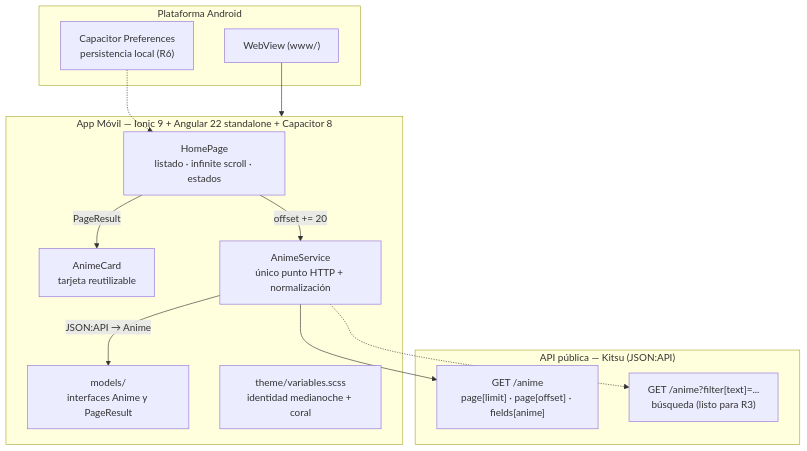
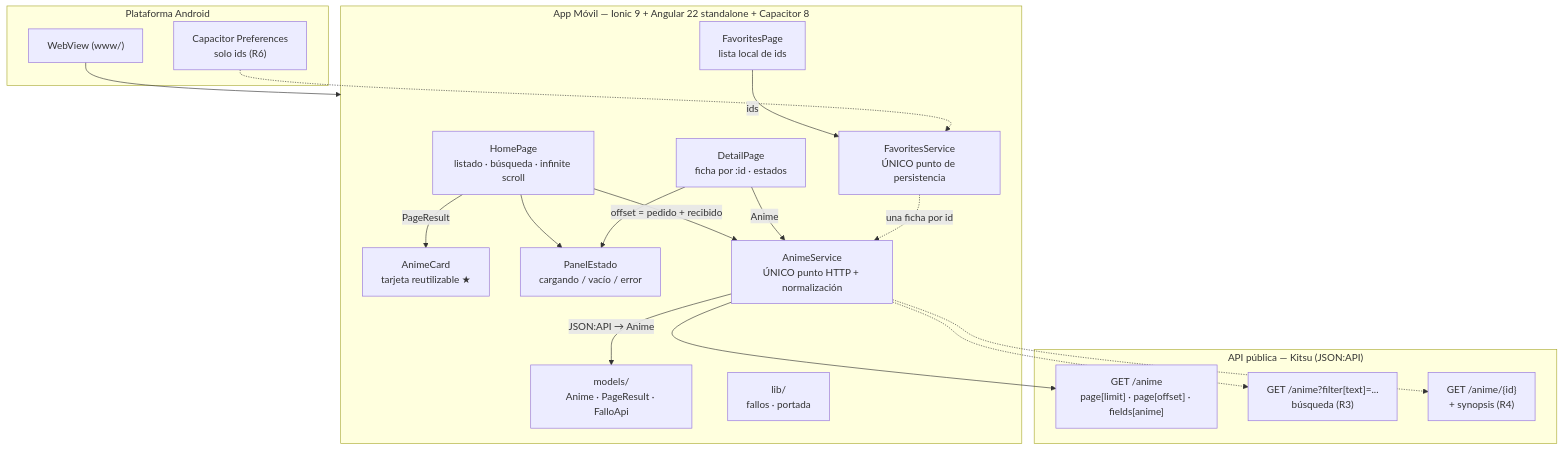
One commit to JimSul16/API-Explorer changed the diagram in README.md. Above: the diagram before and after it, drawn with Mermaid. The commit also changed other lines of this file and 5 other files, not shown here.

````diff
--- a/README.md
+++ b/README.md
@@ -45,28 +51,39 @@
 ```mermaid
 graph TD
     subgraph App ["App Móvil — Ionic 9 + Angular 22 standalone + Capacitor 8"]
-        Home["HomePage<br/>listado · infinite scroll · estados"]
-        Card["AnimeCard<br/>tarjeta reutilizable"]
-        Svc["AnimeService<br/>único punto HTTP + normalización"]
-        Model["models/<br/>interfaces Anime y PageResult"]
-        Theme["theme/variables.scss<br/>identidad medianoche + coral"]
+        Home["HomePage<br/>listado · búsqueda · infinite scroll"]
+        Detail["DetailPage<br/>ficha por :id · estados"]
+        Favs["FavoritesPage<br/>lista local de ids"]
+        Card["AnimeCard<br/>tarjeta reutilizable ★"]
+        Panel["PanelEstado<br/>cargando / vacío / error"]
+        Svc["AnimeService<br/>ÚNICO punto HTTP + normalización"]
+        FavSvc["FavoritesService<br/>ÚNICO punto de persistencia"]
+        Model["models/<br/>Anime · PageResult · FalloApi"]
+        Lib["lib/<br/>fallos · portada"]
     end
 
     subgraph API ["API pública — Kitsu (JSON:API)"]
         List["GET /anime<br/>page[limit] · page[offset] · fields[anime]"]
-        Search["GET /anime?filter[text]=...<br/>búsqueda (listo para R3)"]
+        Search["GET /anime?filter[text]=...<br/>búsqueda (R3)"]
+        One["GET /anime/{id}<br/>+ synopsis (R4)"]
     end
 
     subgraph Movil ["Plataforma Android"]
         Webview["WebView (www/)"]
-        Prefs["Capacitor Preferences<br/>persistencia local (R6)"]
+        Prefs["Capacitor Preferences<br/>solo ids (R6)"]
     end
 
     Home -->|PageResult| Card
-    Home -->|offset += 20| Svc
+    Home -->|offset = pedido + recibido| Svc
+    Detail -->|Anime| Svc
+    Favs -->|ids| FavSvc
+    FavSvc -.->|una ficha por id| Svc
+    Home --> Panel
+    Detail --> Panel
     Svc -->|JSON:API → Anime| Model
     Svc --> List
     Svc -.-> Search
+    Svc -.-> One
     Webview --> App
-    Prefs -.-> Home
+    Prefs -.-> FavSvc
 ```
````
